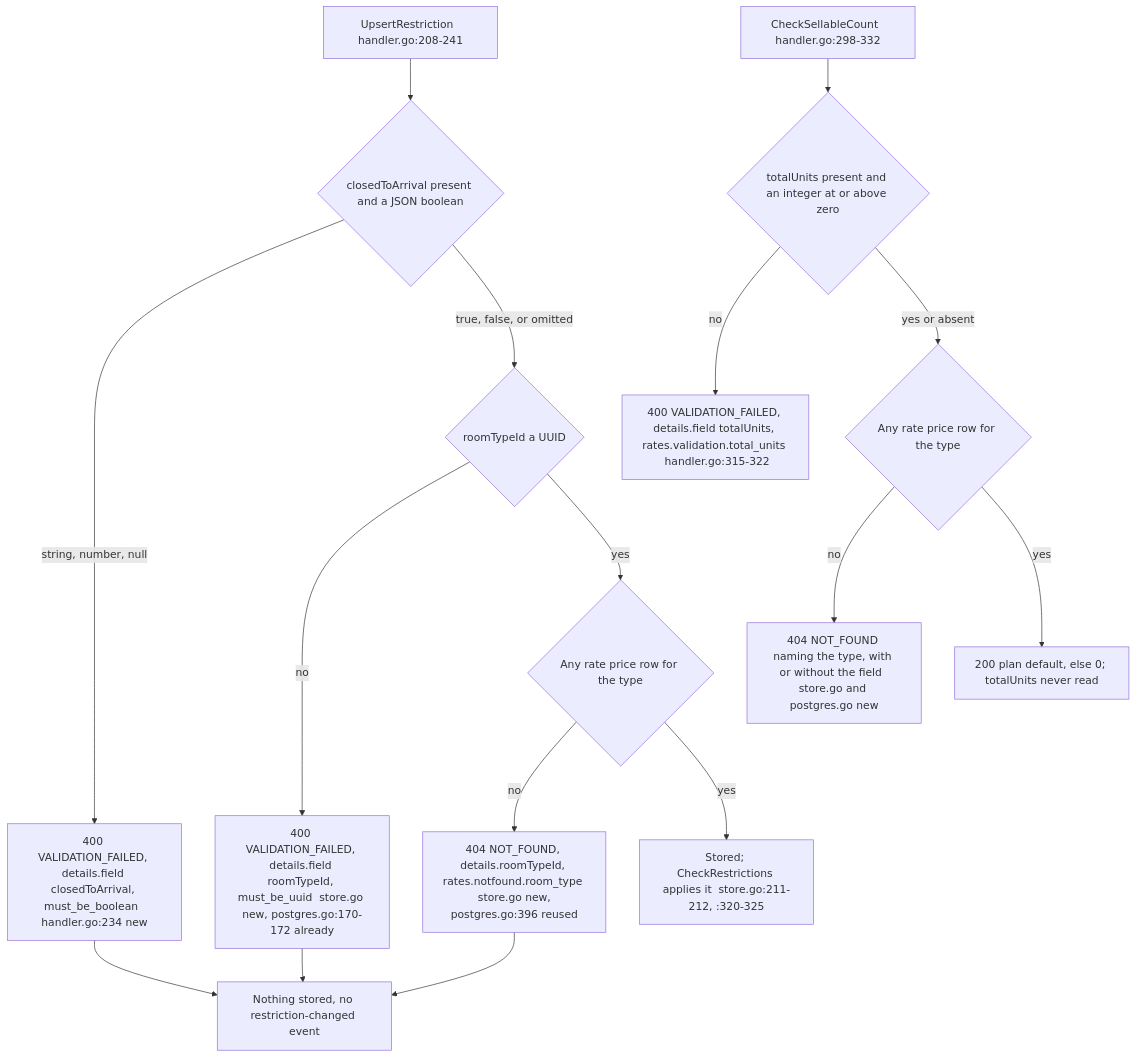
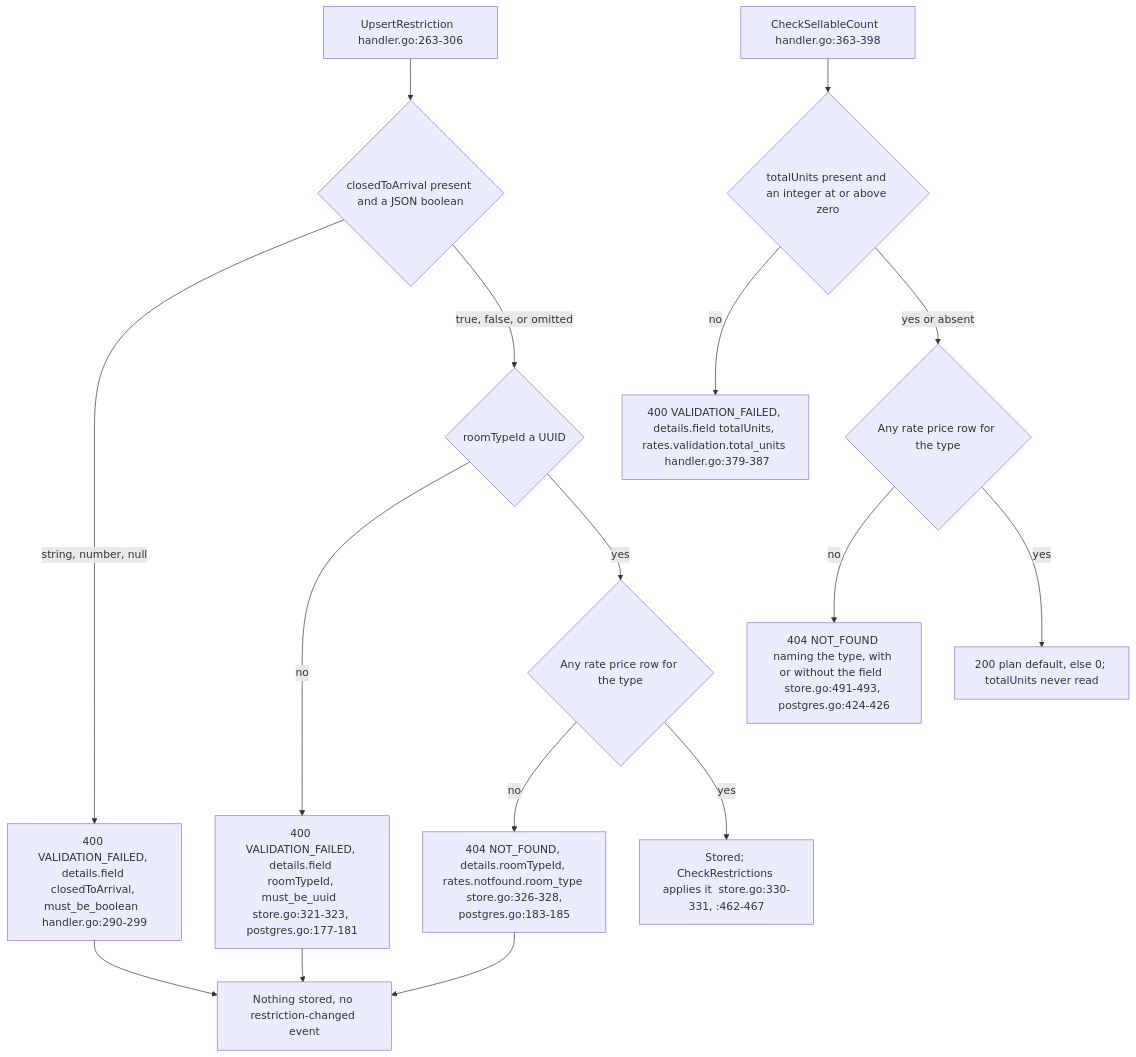
One commit to MingChen1501/hotel-mgmt changed the fourth of 5 diagrams in docs/architecture/services/rates.md. Above: the diagram before and after it, drawn with Mermaid. The commit also changed other lines of this file and 25 other files, not shown here.

First line of the commit message:
fix(rates): Fail closed on malformed restriction and availability input (#772)

````diff
--- a/docs/architecture/services/rates.md
+++ b/docs/architecture/services/rates.md
@@ -119,18 +119,18 @@
 ```mermaid
 flowchart TD
-    A[UpsertRestriction  handler.go:208-241] --> B{closedToArrival present and a JSON boolean}
-    B -- string, number, null --> R1[400 VALIDATION_FAILED, details.field closedToArrival, must_be_boolean  handler.go:234 new]
+    A[UpsertRestriction  handler.go:263-306] --> B{closedToArrival present and a JSON boolean}
+    B -- string, number, null --> R1[400 VALIDATION_FAILED, details.field closedToArrival, must_be_boolean  handler.go:290-299]
     B -- true, false, or omitted --> C{roomTypeId a UUID}
-    C -- no --> R2[400 VALIDATION_FAILED, details.field roomTypeId, must_be_uuid  store.go new, postgres.go:170-172 already]
+    C -- no --> R2[400 VALIDATION_FAILED, details.field roomTypeId, must_be_uuid  store.go:321-323, postgres.go:177-181]
     C -- yes --> D{Any rate price row for the type}
-    D -- no --> R3[404 NOT_FOUND, details.roomTypeId, rates.notfound.room_type  store.go new, postgres.go:396 reused]
-    D -- yes --> E[Stored; CheckRestrictions applies it  store.go:211-212, :320-325]
+    D -- no --> R3[404 NOT_FOUND, details.roomTypeId, rates.notfound.room_type  store.go:326-328, postgres.go:183-185]
+    D -- yes --> E[Stored; CheckRestrictions applies it  store.go:330-331, :462-467]
     R1 --> N[Nothing stored, no restriction-changed event]
     R2 --> N
     R3 --> N
-    F[CheckSellableCount  handler.go:298-332] --> G{totalUnits present and an integer at or above zero}
-    G -- no --> R4[400 VALIDATION_FAILED, details.field totalUnits, rates.validation.total_units  handler.go:315-322]
+    F[CheckSellableCount  handler.go:363-398] --> G{totalUnits present and an integer at or above zero}
+    G -- no --> R4[400 VALIDATION_FAILED, details.field totalUnits, rates.validation.total_units  handler.go:379-387]
     G -- yes or absent --> H{Any rate price row for the type}
-    H -- no --> R5[404 NOT_FOUND naming the type, with or without the field  store.go and postgres.go new]
+    H -- no --> R5[404 NOT_FOUND naming the type, with or without the field  store.go:491-493, postgres.go:424-426]
     H -- yes --> I[200 plan default, else 0; totalUnits never read]
 ```
````
